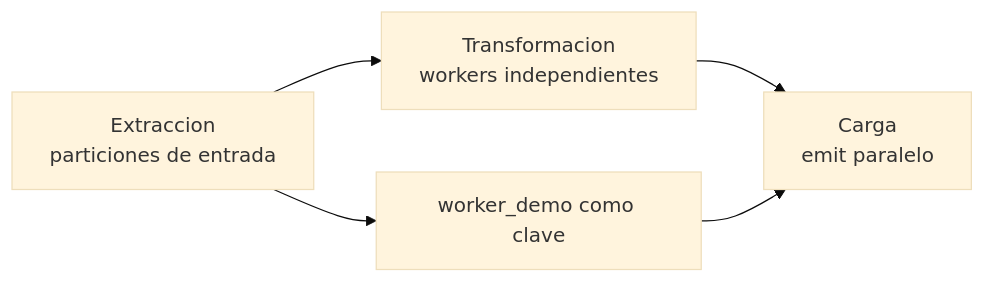
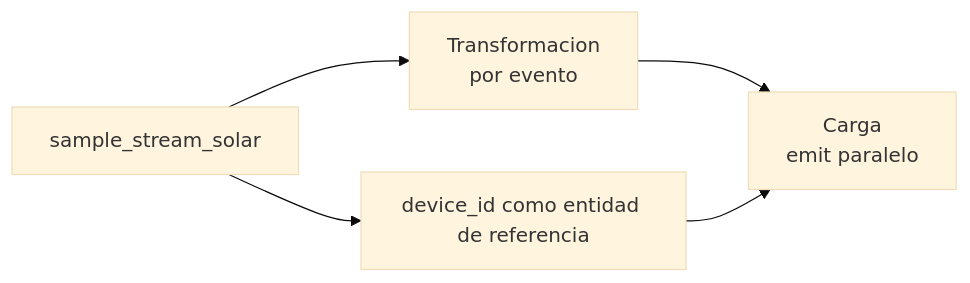
Before and after one commit to unai-ss/atlas-stream-processor-playground: the diagram in projects/08-parallelism/README.md, drawn with Mermaid (base theme). The commit also changed other lines of this file and 9 other files, not shown here.

````diff
--- a/projects/08-parallelism/README.md
+++ b/projects/08-parallelism/README.md
@@ -20,7 +40,7 @@
 ```mermaid
 flowchart LR
-    A[Extraccion<br/>particiones de entrada] --> B[Transformacion<br/>workers independientes]
+    A[sample_stream_solar] --> B[Transformacion<br/>por evento]
     B --> C[Carga<br/>emit paralelo]
-    A --> D[worker_demo como clave]
+    A --> D[device_id como entidad de referencia]
     D --> C
 ```
````
